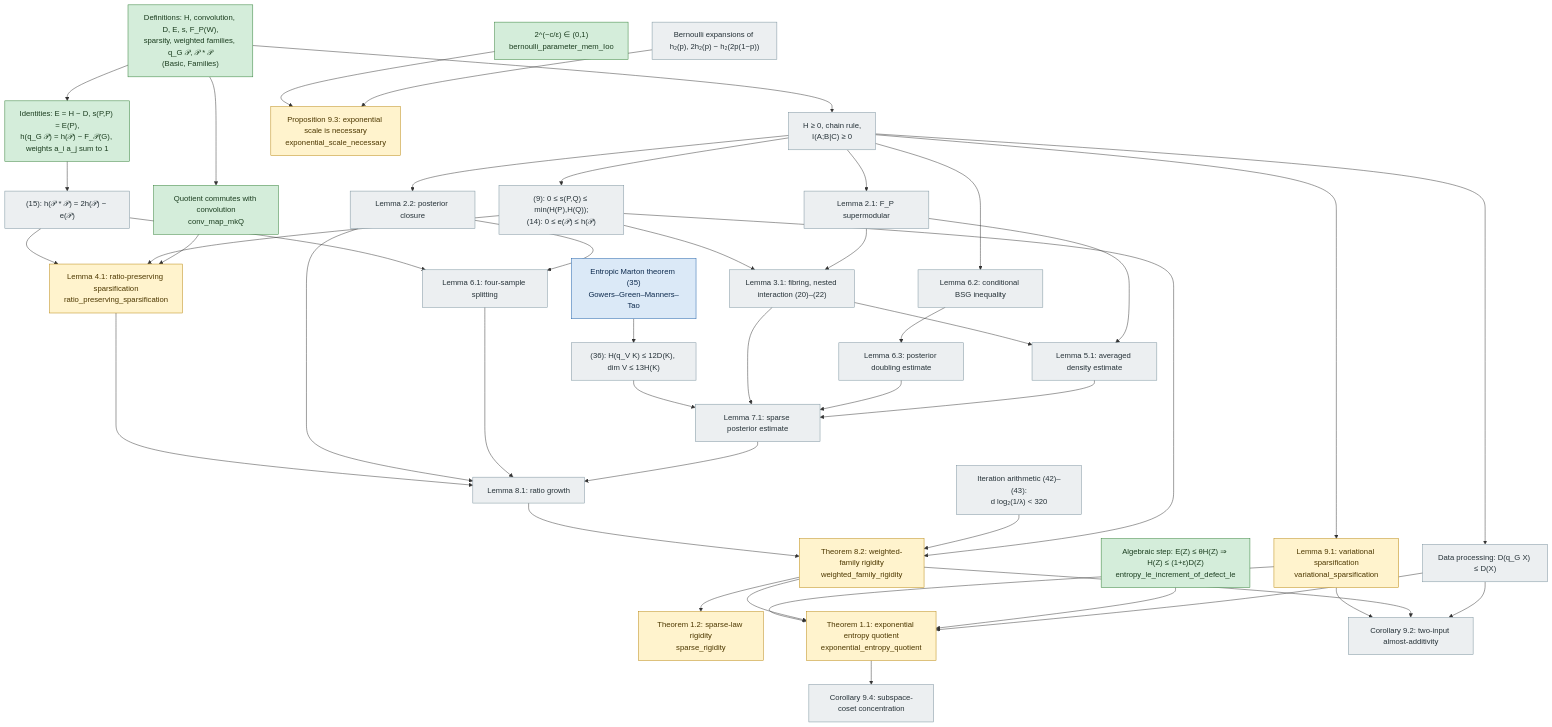
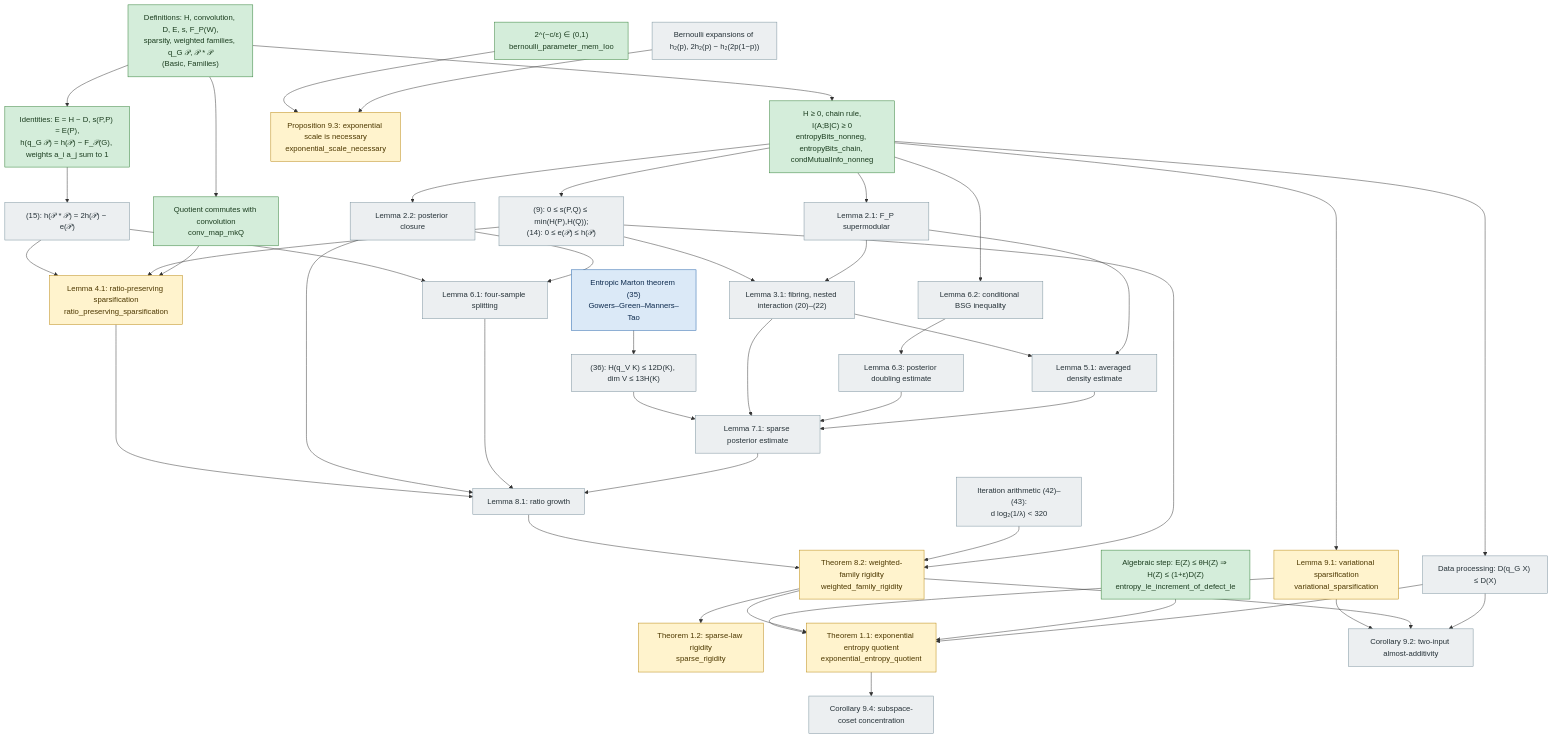
One commit to JosiahPark/entropy-quotients-lean changed the diagram in docs/DEPENDENCIES.md. Above: the diagram before and after it, drawn with Mermaid.

Commit message:
formalize: B2 chart: entropy toolkit node (H ≥ 0, chain rule, I(A;B|C) ≥ 0) is proved (CI green at 714c197)

```diff
--- a/docs/DEPENDENCIES.md
+++ b/docs/DEPENDENCIES.md
@@ -25,7 +25,7 @@
   BPAR["2^(−c/ε) ∈ (0,1)<br/>bernoulli_parameter_mem_Ioo"]:::proved
 
   %% Entropy toolkit (Section 2)
-  NN["H ≥ 0, chain rule,<br/>I(A;B|C) ≥ 0"]:::missing
+  NN["H ≥ 0, chain rule,<br/>I(A;B|C) ≥ 0<br/>entropyBits_nonneg, entropyBits_chain, condMutualInfo_nonneg"]:::proved
   E9["(9): 0 ≤ s(P,Q) ≤ min(H(P),H(Q));<br/>(14): 0 ≤ e(𝒫) ≤ h(𝒫)"]:::missing
   DP["Data processing: D(q_G X) ≤ D(X)"]:::missing
   E15["(15): h(𝒫 * 𝒫) = 2h(𝒫) − e(𝒫)"]:::missing
```
